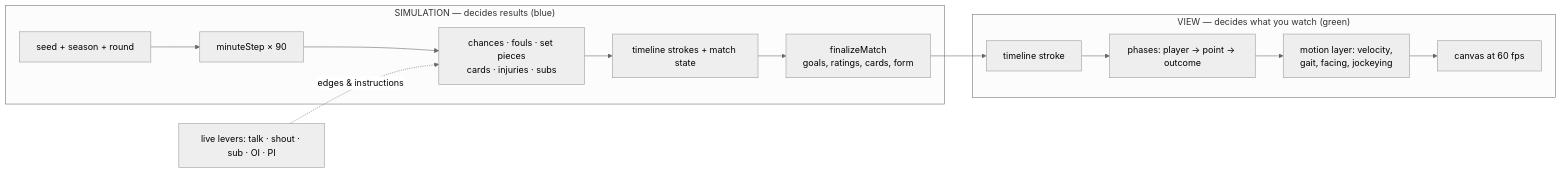
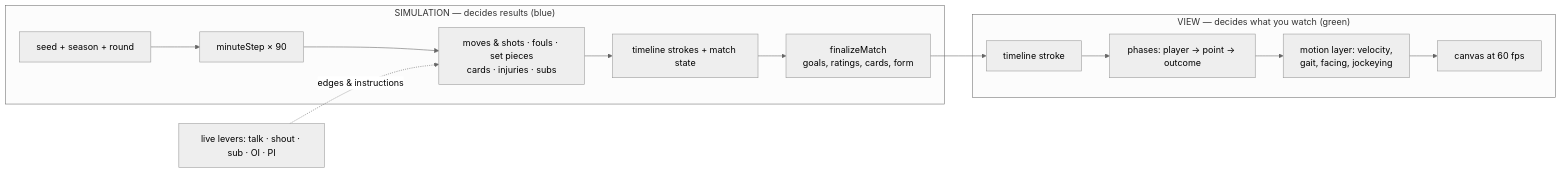
Before and after one commit to JorgeQuijano/football-manager: the first of 8 diagrams in docs/ENGINE-FLOW.md, drawn with Mermaid (neutral theme). The commit also changed other lines of this file and 30 other files, not shown here.

````diff
--- a/docs/ENGINE-FLOW.md
+++ b/docs/ENGINE-FLOW.md
@@ -10,16 +10,16 @@
 ```mermaid
 flowchart LR
   subgraph SIM["SIMULATION — decides results (blue)"]
     A["seed + season + round"] --> B["minuteStep × 90"]
-    B --> C["chances · fouls · set pieces<br/>cards · injuries · subs"]
+    B --> C["moves & shots · fouls · set pieces<br/>cards · injuries · subs"]
     C --> D["timeline strokes + match state"]
     D --> E["finalizeMatch<br/>goals, ratings, cards, form"]
   end
   subgraph VIEW["VIEW — decides what you watch (green)"]
     F["timeline stroke"] --> G["phases: player → point → outcome"]
     G --> H["motion layer: velocity,<br/>gait, facing, jockeying"]
     H --> I["canvas at 60 fps"]
   end
   E --> F
   J["live levers: talk · shout · sub · OI · PI"] -.->|"edges & instructions"| C
 ```
````
